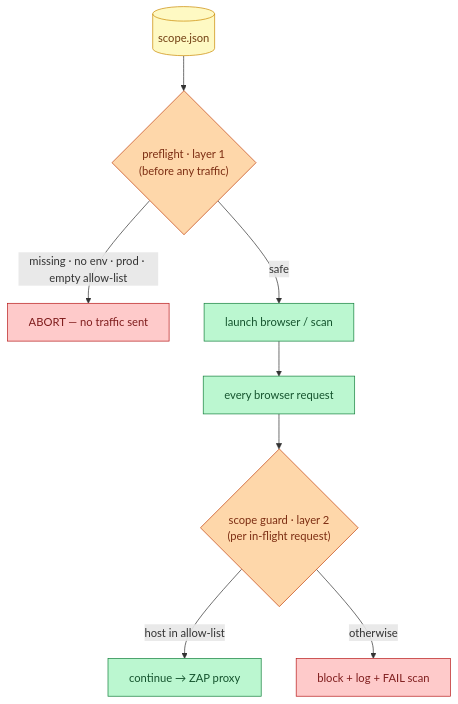
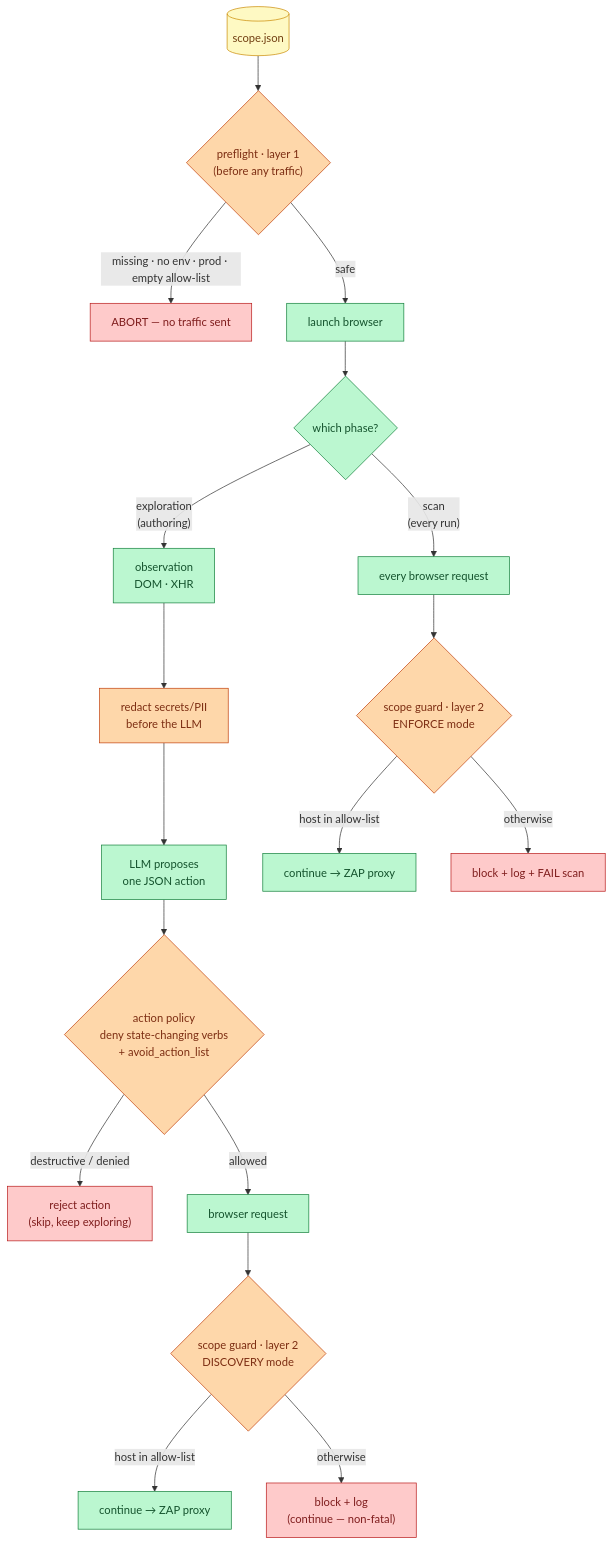
The fifth of 6 diagrams in docs/junior_engineer/architecture_overview.md (CodyYang2016/Dast-Scanning-Tool), drawn with Mermaid before and after one commit. The commit also changed other lines of this file, not shown here.

Commit message:
docs: redraw §5 safety diagram to show exploration guardrails
The safety-model diagram now splits by phase: shared preflight (layer 1), then an
exploration branch (redact → LLM action → action-policy gate → scope guard in
DISCOVERY mode = block-and-continue) and a scan branch (scope guard in ENFORCE
mode = block/log/fail). Previously these were prose only.

````diff
--- a/docs/junior_engineer/architecture_overview.md
+++ b/docs/junior_engineer/architecture_overview.md
@@ -257,14 +260,29 @@
 ```mermaid
 flowchart TD
     scope[("scope.json")]:::data --> pre{"preflight · layer 1<br/>(before any traffic)"}:::safety
     pre -->|"missing · no env · prod · empty allow-list"| abort1["ABORT — no traffic sent"]:::stop
-    pre -->|"safe"| launch["launch browser / scan"]:::build
-    launch --> req["every browser request"]:::build --> guard{"scope guard · layer 2<br/>(per in-flight request)"}:::safety
-    guard -->|"host in allow-list"| ok["continue → ZAP proxy"]:::build
-    guard -->|"otherwise"| abort2["block + log + FAIL scan"]:::stop
+    pre -->|"safe"| launch["launch browser"]:::build
+    launch --> phase{"which phase?"}:::build
+
+    %% Exploration (authoring-time, LLM in the loop)
+    phase -->|"exploration<br/>(authoring)"| obs["observation<br/>DOM · XHR"]:::build
+    obs --> red["redact secrets/PII<br/>before the LLM"]:::safety
+    red --> llm["LLM proposes<br/>one JSON action"]:::build
+    llm --> apol{"action policy<br/>deny state-changing verbs<br/>+ avoid_action_list"}:::safety
+    apol -->|"destructive / denied"| rej["reject action<br/>(skip, keep exploring)"]:::stop
+    apol -->|"allowed"| dreq["browser request"]:::build
+    dreq --> gd{"scope guard · layer 2<br/>DISCOVERY mode"}:::safety
+    gd -->|"host in allow-list"| okd["continue → ZAP proxy"]:::build
+    gd -->|"otherwise"| bkd["block + log<br/>(continue — non-fatal)"]:::stop
+
+    %% Scan (every run, no LLM)
+    phase -->|"scan<br/>(every run)"| sreq["every browser request"]:::build
+    sreq --> ge{"scope guard · layer 2<br/>ENFORCE mode"}:::safety
+    ge -->|"host in allow-list"| oks["continue → ZAP proxy"]:::build
+    ge -->|"otherwise"| bks["block + log + FAIL scan"]:::stop
 
     classDef data fill:#fef9c3,stroke:#ca8a04,color:#713f12
     classDef build fill:#bbf7d0,stroke:#15803d,color:#14532d
     classDef safety fill:#fed7aa,stroke:#c2410c,color:#7c2d12
     classDef stop fill:#fecaca,stroke:#b91c1c,color:#7f1d1d
 ```
````
